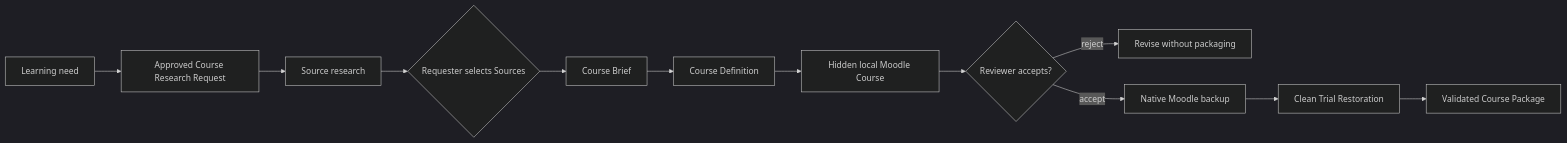
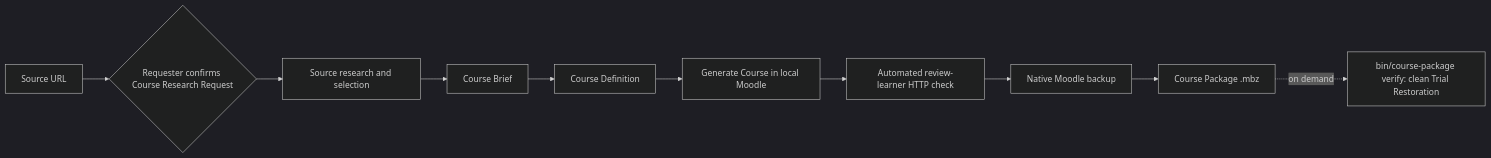
One commit to fusionAIx-TechPack/LMS01-fx-learning-agent changed the diagram in README.md. Above: the diagram before and after it, drawn with Mermaid (dark theme). The commit also changed other lines of this file and 53 other files, not shown here.

````diff
--- a/README.md
+++ b/README.md
@@ -100,14 +118,12 @@
 ```mermaid
 flowchart LR
-    A[Learning need] --> B[Approved Course Research Request]
-    B --> C[Source research]
-    C --> D{Requester selects Sources}
-    D --> E[Course Brief]
+    A[Source URL] --> B{Requester confirms Course Research Request}
+    B --> C[Source research and selection]
+    C --> E[Course Brief]
     E --> F[Course Definition]
-    F --> G[Hidden local Moodle Course]
-    G --> H{Reviewer accepts?}
-    H -->|reject| I[Revise without packaging]
-    H -->|accept| J[Native Moodle backup]
-    J --> K[Clean Trial Restoration]
-    K --> L[Validated Course Package]
+    F --> G[Generate Course in local Moodle]
+    G --> H[Automated review-learner HTTP check]
+    H --> J[Native Moodle backup]
+    J --> L[Course Package .mbz]
+    L -. on demand .-> M[bin/course-package verify: clean Trial Restoration]
 ```
````
